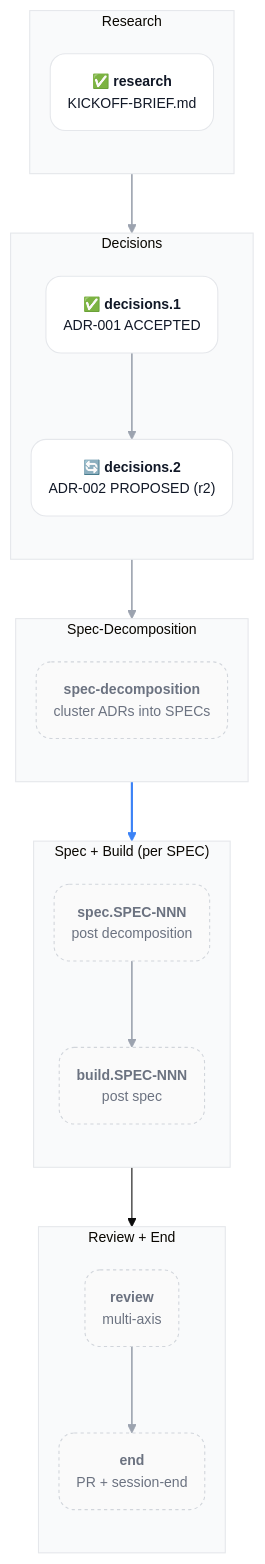
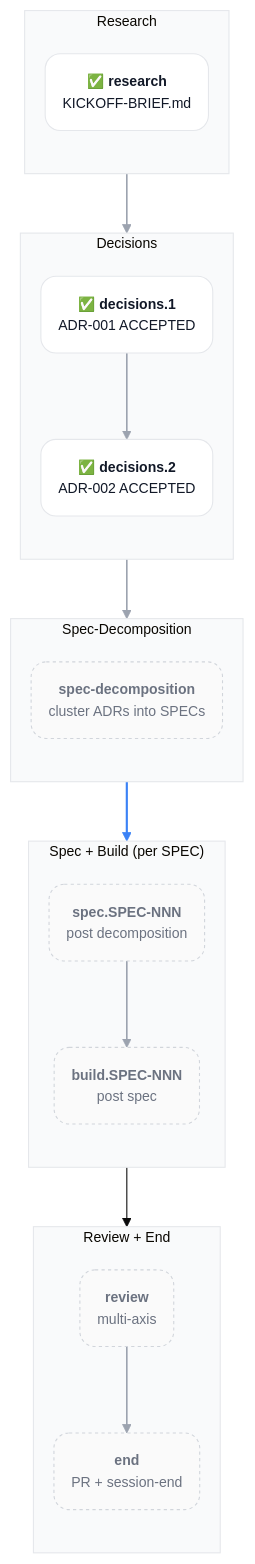
Before and after one commit to acmelabs-15/skills: the first of 3 diagrams in docs/planning/PLAN-001-skills-ecosystem.md, drawn with Mermaid. The commit also changed other lines of this file and 3 other files, not shown here.

````diff
--- a/docs/planning/PLAN-001-skills-ecosystem.md
+++ b/docs/planning/PLAN-001-skills-ecosystem.md
@@ -68,49 +68,49 @@
 ```mermaid
 %%{init: {'theme':'base','flowchart':{'curve':'stepAfter','nodeSpacing':18,'rankSpacing':55,'padding':16,'diagramPadding':20,'htmlLabels':true},'themeVariables':{'fontFamily':'-apple-system, BlinkMacSystemFont, system-ui, sans-serif','fontSize':'13px','clusterBkg':'#f9fafb','clusterBorder':'#e5e7eb'},'themeCSS':'.edgePath path, .flowchart-link { stroke-linejoin: round !important; stroke-linecap: round !important; } .cluster-label .nodeLabel { font-family: ui-monospace, SFMono-Regular, Menlo, monospace !important; font-size: 11px !important; font-weight: 600 !important; letter-spacing: 0.1em !important; text-transform: uppercase !important; color: #6b7280 !important; }'}}%%
 graph TD
 
   classDef done fill:#ffffff,stroke:#e5e7eb,stroke-width:1px,color:#111827,rx:14,ry:14
   classDef pending fill:#fafafa,stroke:#d1d5db,stroke-width:1px,color:#6b7280,stroke-dasharray:3 3,rx:14,ry:14
 
   subgraph R ["Research"]
     direction TB
     research("✅ <b>research</b><br/><span style='color:#6b7280;font-size:11px'>KICKOFF-BRIEF.md</span>")
   end
 
   subgraph D ["Decisions"]
     direction TB
     d1("✅ <b>decisions.1</b><br/><span style='color:#6b7280;font-size:11px'>ADR-001 ACCEPTED</span>")
-    d2("🔄 <b>decisions.2</b><br/><span style='color:#6b7280;font-size:11px'>ADR-002 PROPOSED (r2)</span>")
+    d2("✅ <b>decisions.2</b><br/><span style='color:#6b7280;font-size:11px'>ADR-002 ACCEPTED</span>")
   end
 
   subgraph S ["Spec-Decomposition"]
     direction TB
     sd("<b>spec-decomposition</b><br/><span style='color:#6b7280;font-size:11px'>cluster ADRs into SPECs</span>")
   end
 
   subgraph SB ["Spec + Build (per SPEC)"]
     direction TB
     spec_n("<b>spec.SPEC-NNN</b><br/><span style='color:#6b7280;font-size:11px'>post decomposition</span>")
     build_n("<b>build.SPEC-NNN</b><br/><span style='color:#6b7280;font-size:11px'>post spec</span>")
     spec_n --> build_n
   end
 
   subgraph RE ["Review + End"]
     direction TB
     review("<b>review</b><br/><span style='color:#6b7280;font-size:11px'>multi-axis</span>")
     fin("<b>end</b><br/><span style='color:#6b7280;font-size:11px'>PR + session-end</span>")
     review --> fin
   end
 
   research --> d1
   d1 --> d2
   d2 --> sd
   sd --> spec_n
   build_n --> review
 
   class research,d1,d2 done
   class sd,spec_n,build_n,review,fin pending
 
   linkStyle 0,1,2,3,4 stroke:#9ca3af,stroke-width:1.5px
   linkStyle 5 stroke:#3b82f6,stroke-width:2px
 ```
````
